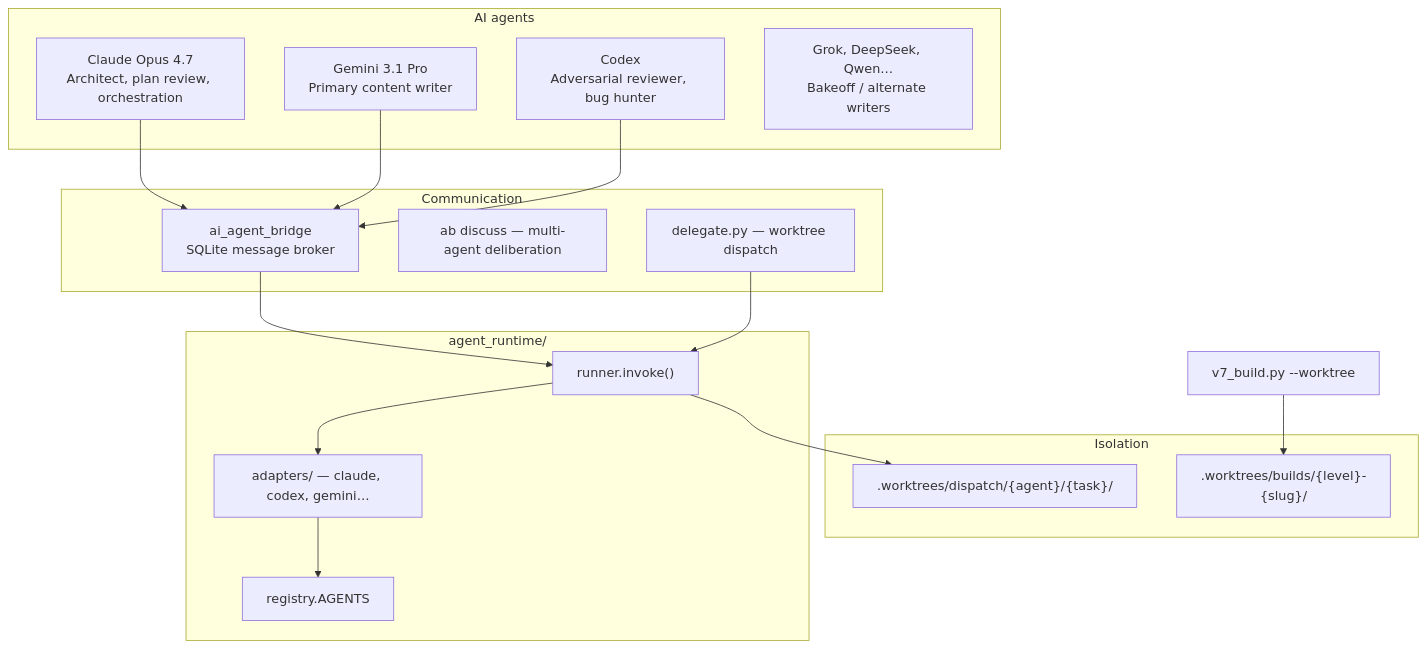
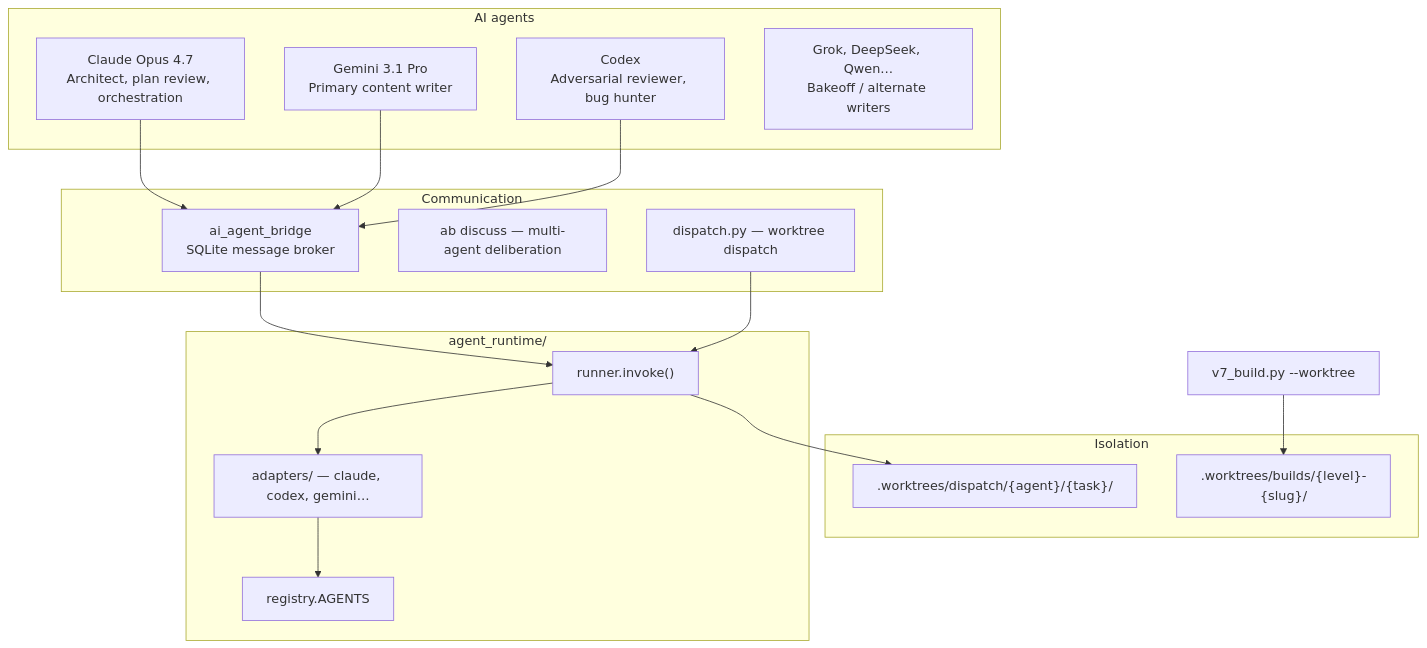
Before and after one commit to learn-ukrainian/learn-ukrainian.github.io: the sixth of 8 diagrams in docs/architecture/codebase-diagram.md, drawn with Mermaid. The commit also changed 105 other files, not shown here.

````diff
--- a/docs/architecture/codebase-diagram.md
+++ b/docs/architecture/codebase-diagram.md
@@ -202,36 +202,36 @@
 ```mermaid
 flowchart TB
     subgraph Agents["AI agents"]
         Claude["Claude Opus 4.7<br/>Architect, plan review, orchestration"]
         Gemini["Gemini 3.1 Pro<br/>Primary content writer"]
         Codex["Codex<br/>Adversarial reviewer, bug hunter"]
         Others["Grok, DeepSeek, Qwen…<br/>Bakeoff / alternate writers"]
     end
 
     subgraph Comms["Communication"]
         AB["ai_agent_bridge<br/>SQLite message broker"]
         Discuss["ab discuss — multi-agent deliberation"]
-        Delegate["delegate.py — worktree dispatch"]
+        Delegate["dispatch.py — worktree dispatch"]
     end
 
     subgraph Runtime["agent_runtime/"]
         Invoke["runner.invoke()"]
         Adapters["adapters/ — claude, codex, gemini…"]
         Registry["registry.AGENTS"]
     end
 
     subgraph Isolation["Isolation"]
         WT[".worktrees/dispatch/{agent}/{task}/"]
         BuildWT[".worktrees/builds/{level}-{slug}/"]
     end
 
     Claude --> AB
     Gemini --> AB
     Codex --> AB
     AB --> Invoke
     Delegate --> Invoke
     Invoke --> Adapters
     Adapters --> Registry
     Invoke --> WT
     V7Build["v7_build.py --worktree"] --> BuildWT
 ```
````
